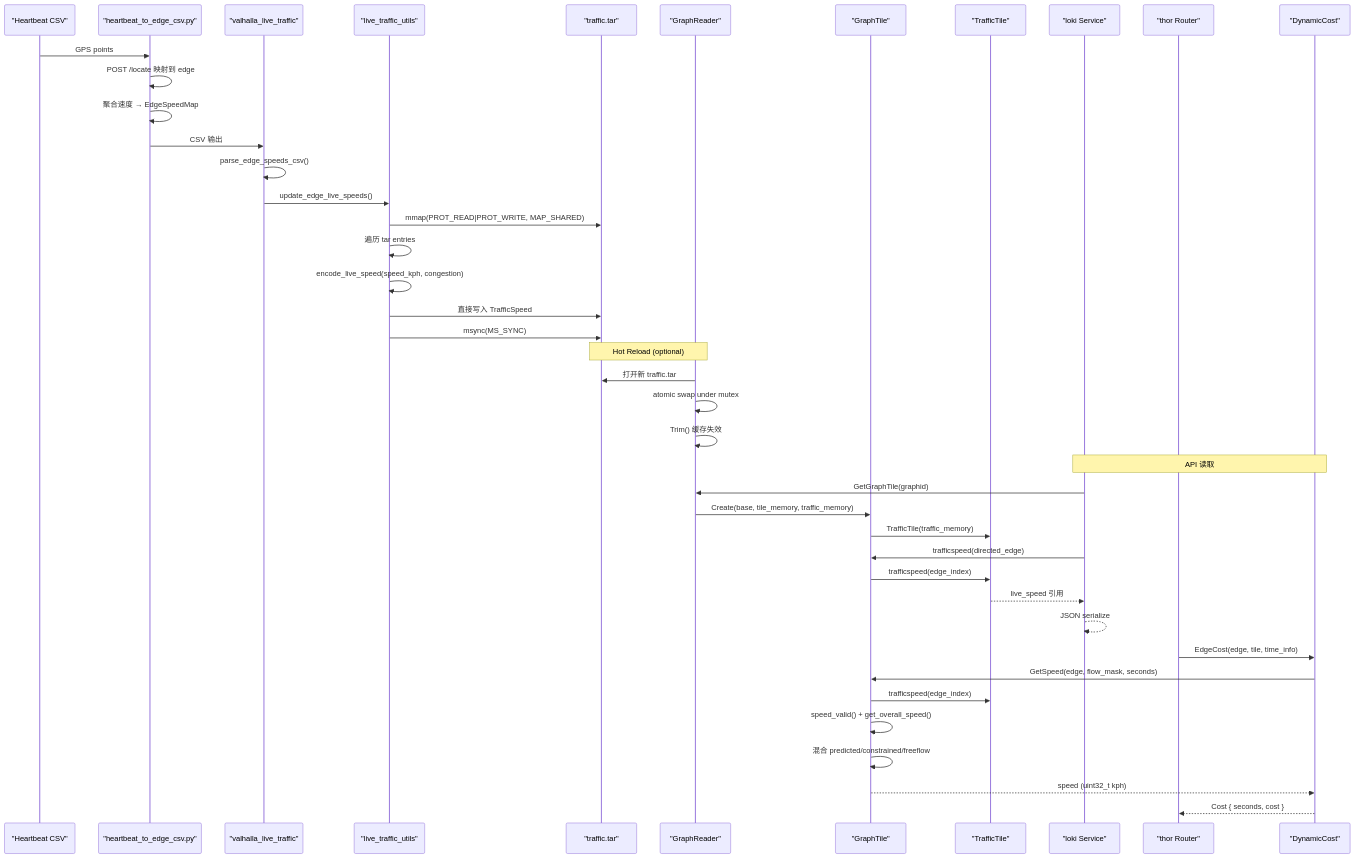
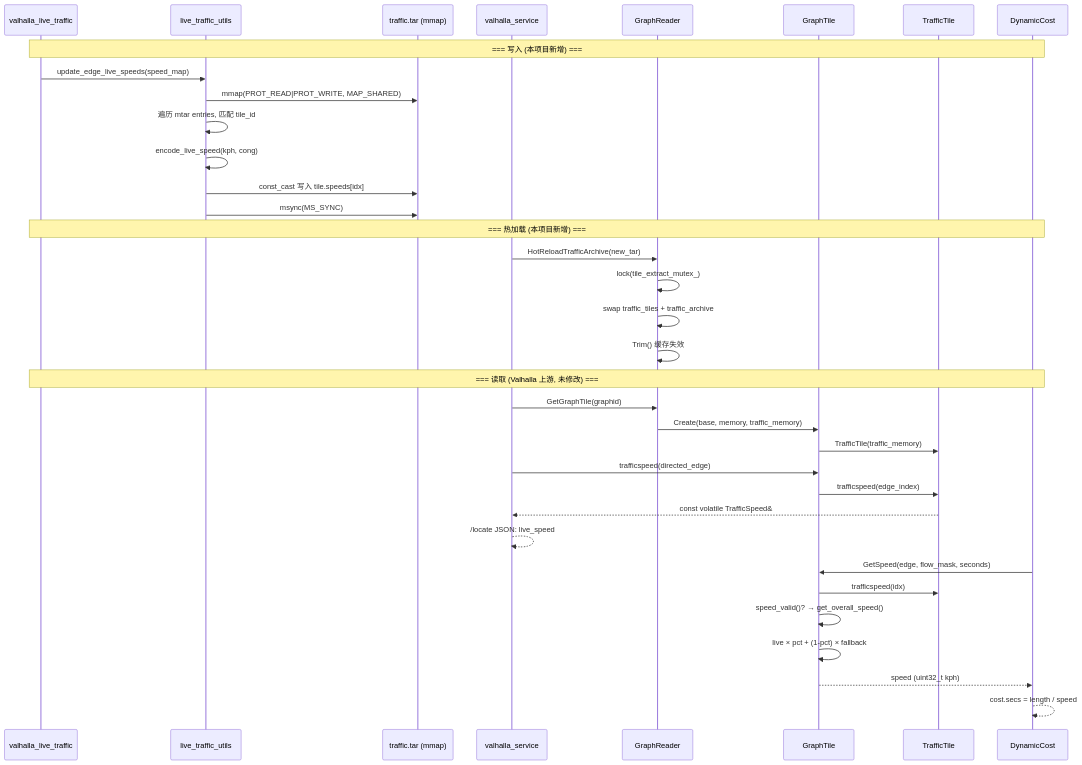
The diagram in docs/realtime_speed_pipeline.md (YiZe-Rao/valhalla_hotreload), drawn with Mermaid before and after one commit. The commit also changed other lines of this file, not shown here.

First line of the commit message:
docs: narrow realtime_speed_pipeline.md to live_speed modifications only

````diff
--- a/docs/realtime_speed_pipeline.md
+++ b/docs/realtime_speed_pipeline.md
@@ -803,49 +517,45 @@
 ```mermaid
 sequenceDiagram
-    participant Data as "Heartbeat CSV"
-    participant Script as "heartbeat_to_edge_csv.py"
-    participant CLI as "valhalla_live_traffic"
-    participant Utils as "live_traffic_utils"
-    participant Tar as "traffic.tar"
-    participant GR as "GraphReader"
-    participant GT as "GraphTile"
-    participant TT as "TrafficTile"
-    participant Loki as "loki Service"
-    participant Thor as "thor Router"
-    participant DC as "DynamicCost"
+    participant CLI as valhalla_live_traffic
+    participant Utils as live_traffic_utils
+    participant Tar as traffic.tar (mmap)
+    participant Service as valhalla_service
+    participant GR as GraphReader
+    participant GT as GraphTile
+    participant TT as TrafficTile
+    participant DC as DynamicCost
 
-    Data->>Script: GPS points
-    Script->>Script: POST /locate 映射到 edge
-    Script->>Script: 聚合速度 → EdgeSpeedMap
-    Script->>CLI: CSV 输出
+    Note over CLI,DC: === 写入 (本项目新增) ===
 
-    CLI->>CLI: parse_edge_speeds_csv()
-    CLI->>Utils: update_edge_live_speeds()
+    CLI->>Utils: update_edge_live_speeds(speed_map)
     Utils->>Tar: mmap(PROT_READ|PROT_WRITE, MAP_SHARED)
-    Utils->>Utils: 遍历 tar entries
-    Utils->>Utils: encode_live_speed(speed_kph, congestion)
-    Utils->>Tar: 直接写入 TrafficSpeed
+    Utils->>Utils: 遍历 mtar entries, 匹配 tile_id
+    Utils->>Utils: encode_live_speed(kph, cong)
+    Utils->>Tar: const_cast 写入 tile.speeds[idx]
     Utils->>Tar: msync(MS_SYNC)
 
-    Note over GR,Tar: Hot Reload (optional)
-    GR->>Tar: 打开新 traffic.tar
-    GR->>GR: atomic swap under mutex
+    Note over CLI,DC: === 热加载 (本项目新增) ===
+
+    Service->>GR: HotReloadTrafficArchive(new_tar)
+    GR->>GR: lock(tile_extract_mutex_)
+    GR->>GR: swap traffic_tiles + traffic_archive
     GR->>GR: Trim() 缓存失效
 
-    Note over Loki,DC: API 读取
-    Loki->>GR: GetGraphTile(graphid)
-    GR->>GT: Create(base, tile_memory, traffic_memory)
+    Note over CLI,DC: === 读取 (Valhalla 上游, 未修改) ===
+
+    Service->>GR: GetGraphTile(graphid)
+    GR->>GT: Create(base, memory, traffic_memory)
     GT->>TT: TrafficTile(traffic_memory)
-    Loki->>GT: trafficspeed(directed_edge)
+
+    Service->>GT: trafficspeed(directed_edge)
     GT->>TT: trafficspeed(edge_index)
-    TT-->>Loki: live_speed 引用
-    Loki-->>Loki: JSON serialize
+    TT-->>Service: const volatile TrafficSpeed&
+    Service-->>Service: /locate JSON: live_speed
 
-    Thor->>DC: EdgeCost(edge, tile, time_info)
     DC->>GT: GetSpeed(edge, flow_mask, seconds)
-    GT->>TT: trafficspeed(edge_index)
-    GT->>GT: speed_valid() + get_overall_speed()
-    GT->>GT: 混合 predicted/constrained/freeflow
+    GT->>TT: trafficspeed(idx)
+    GT->>GT: speed_valid()? → get_overall_speed()
+    GT->>GT: live × pct + (1-pct) × fallback
     GT-->>DC: speed (uint32_t kph)
-    DC-->>Thor: Cost { seconds, cost }
+    DC-->>DC: cost.secs = length / speed
 ```
````
